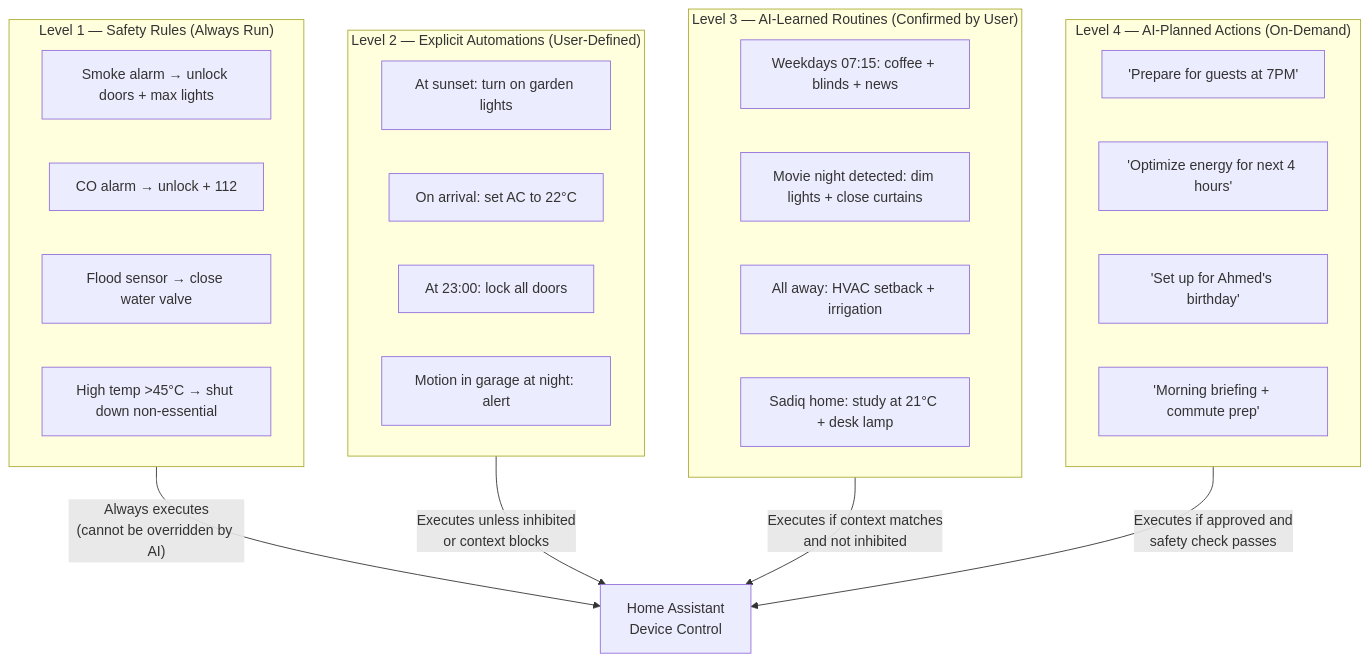
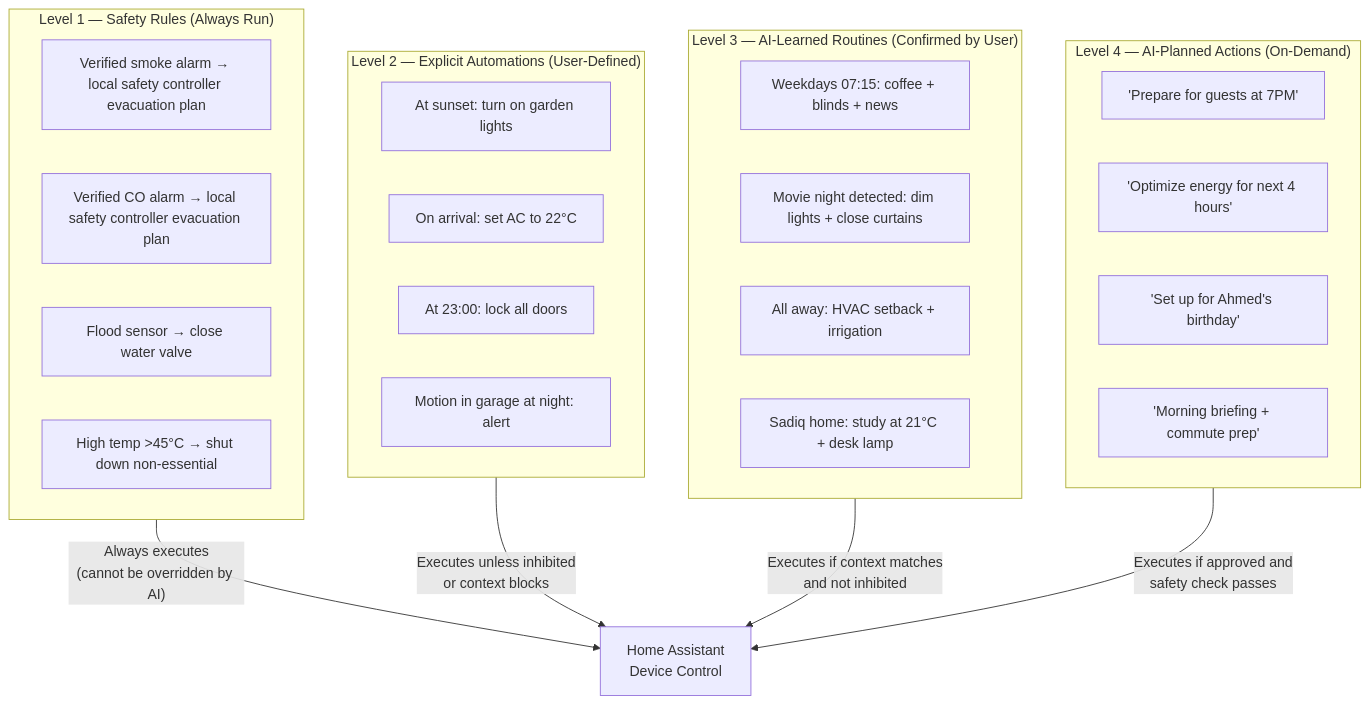
Before and after one commit to donzeg/AI-Home-OS: the first of 2 diagrams in docs/Chapter-09-Automation-Engine.md, drawn with Mermaid. The commit also changed other lines of this file and 21 other files, not shown here.

````diff
--- a/docs/Chapter-09-Automation-Engine.md
+++ b/docs/Chapter-09-Automation-Engine.md
@@ -105,35 +107,35 @@
 ```mermaid
 flowchart TB
     subgraph L1["Level 1 — Safety Rules (Always Run)"]
-        S1["Smoke alarm → unlock doors + max lights"]
-        S2["CO alarm → unlock + 112"]
+        S1["Verified smoke alarm → local safety controller evacuation plan"]
+        S2["Verified CO alarm → local safety controller evacuation plan"]
         S3["Flood sensor → close water valve"]
         S4["High temp >45°C → shut down non-essential"]
     end
 
     subgraph L2["Level 2 — Explicit Automations (User-Defined)"]
         U1["At sunset: turn on garden lights"]
         U2["On arrival: set AC to 22°C"]
         U3["At 23:00: lock all doors"]
         U4["Motion in garage at night: alert"]
     end
 
     subgraph L3["Level 3 — AI-Learned Routines (Confirmed by User)"]
         R1["Weekdays 07:15: coffee + blinds + news"]
         R2["Movie night detected: dim lights + close curtains"]
         R3["All away: HVAC setback + irrigation"]
         R4["Sadiq home: study at 21°C + desk lamp"]
     end
 
     subgraph L4["Level 4 — AI-Planned Actions (On-Demand)"]
         P1["'Prepare for guests at 7PM'"]
         P2["'Optimize energy for next 4 hours'"]
         P3["'Set up for Ahmed's birthday'"]
         P4["'Morning briefing + commute prep'"]
     end
 
     L1 -->|"Always executes\n(cannot be overridden by AI)"| HA["Home Assistant\nDevice Control"]
     L2 -->|"Executes unless inhibited\nor context blocks"| HA
     L3 -->|"Executes if context matches\nand not inhibited"| HA
     L4 -->|"Executes if approved and\nsafety check passes"| HA
 ```
````
